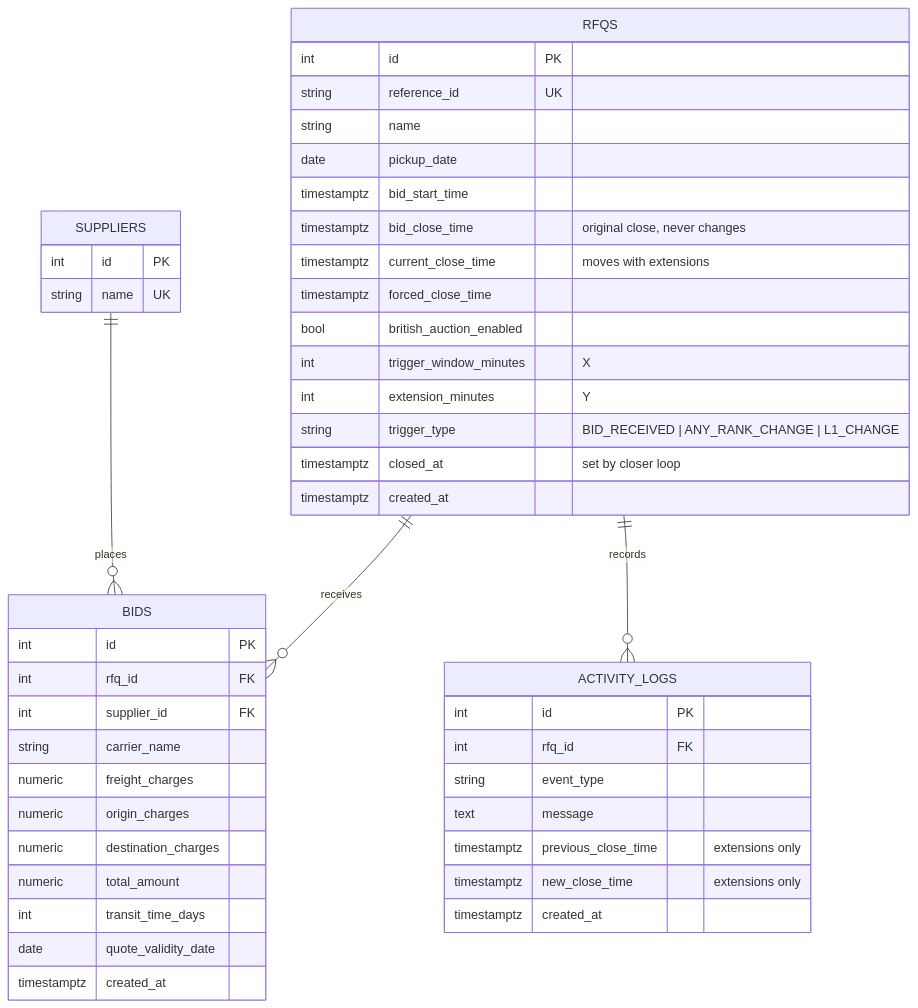
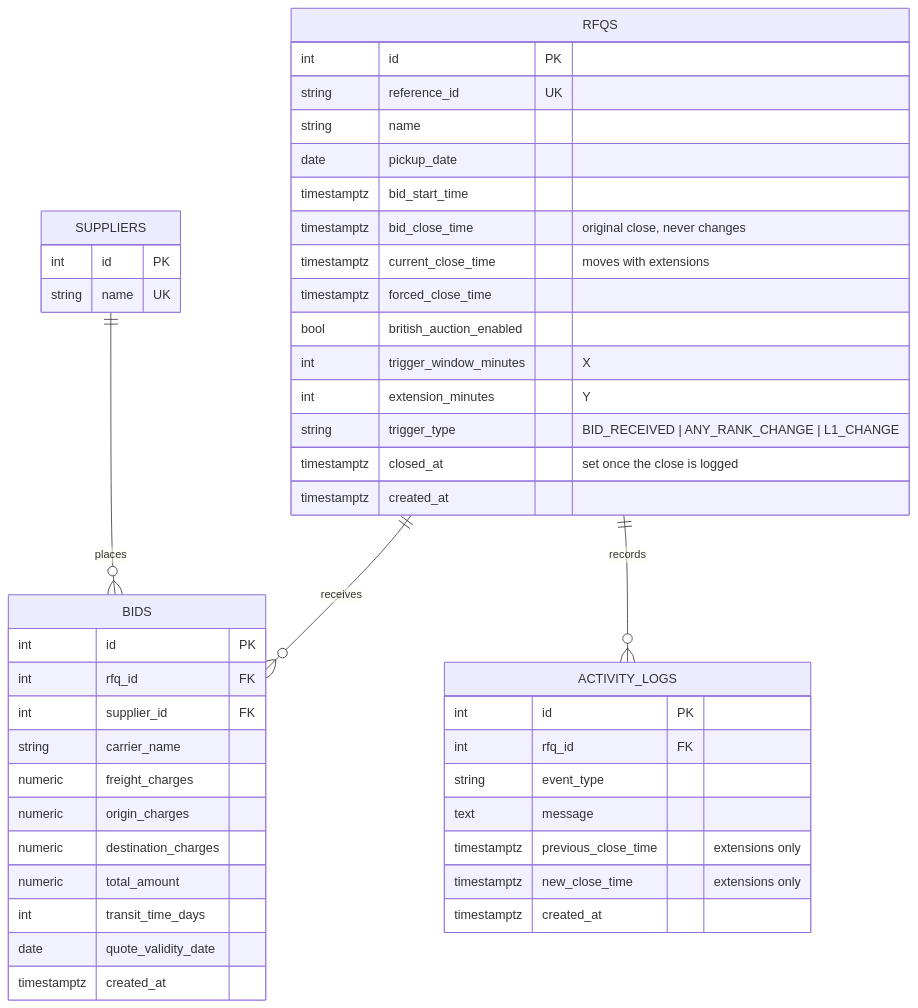
The second of 2 diagrams in docs/DESIGN.md (dev-shubhamroy/british-auction-rfq), drawn with Mermaid before and after one commit. The commit also changed other lines of this file and 9 other files, not shown here.

````diff
--- a/docs/DESIGN.md
+++ b/docs/DESIGN.md
@@ -93,49 +55,49 @@
 ```mermaid
 erDiagram
     RFQS ||--o{ BIDS : receives
     SUPPLIERS ||--o{ BIDS : places
     RFQS ||--o{ ACTIVITY_LOGS : records
 
     RFQS {
         int id PK
         string reference_id UK
         string name
         date pickup_date
         timestamptz bid_start_time
         timestamptz bid_close_time "original close, never changes"
         timestamptz current_close_time "moves with extensions"
         timestamptz forced_close_time
         bool british_auction_enabled
         int trigger_window_minutes "X"
         int extension_minutes "Y"
         string trigger_type "BID_RECEIVED | ANY_RANK_CHANGE | L1_CHANGE"
-        timestamptz closed_at "set by closer loop"
+        timestamptz closed_at "set once the close is logged"
         timestamptz created_at
     }
     SUPPLIERS {
         int id PK
         string name UK
     }
     BIDS {
         int id PK
         int rfq_id FK
         int supplier_id FK
         string carrier_name
         numeric freight_charges
         numeric origin_charges
         numeric destination_charges
         numeric total_amount
         int transit_time_days
         date quote_validity_date
         timestamptz created_at
     }
     ACTIVITY_LOGS {
         int id PK
         int rfq_id FK
         string event_type
         text message
         timestamptz previous_close_time "extensions only"
         timestamptz new_close_time "extensions only"
         timestamptz created_at
     }
 ```
````
